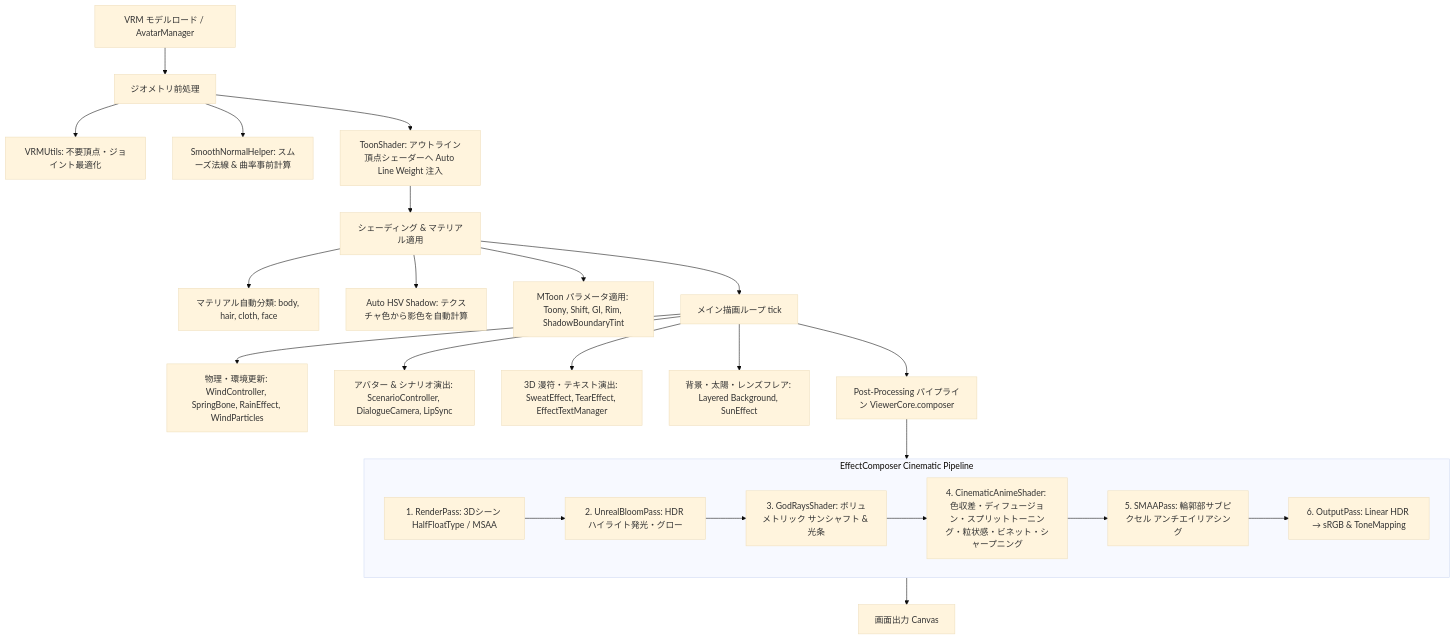
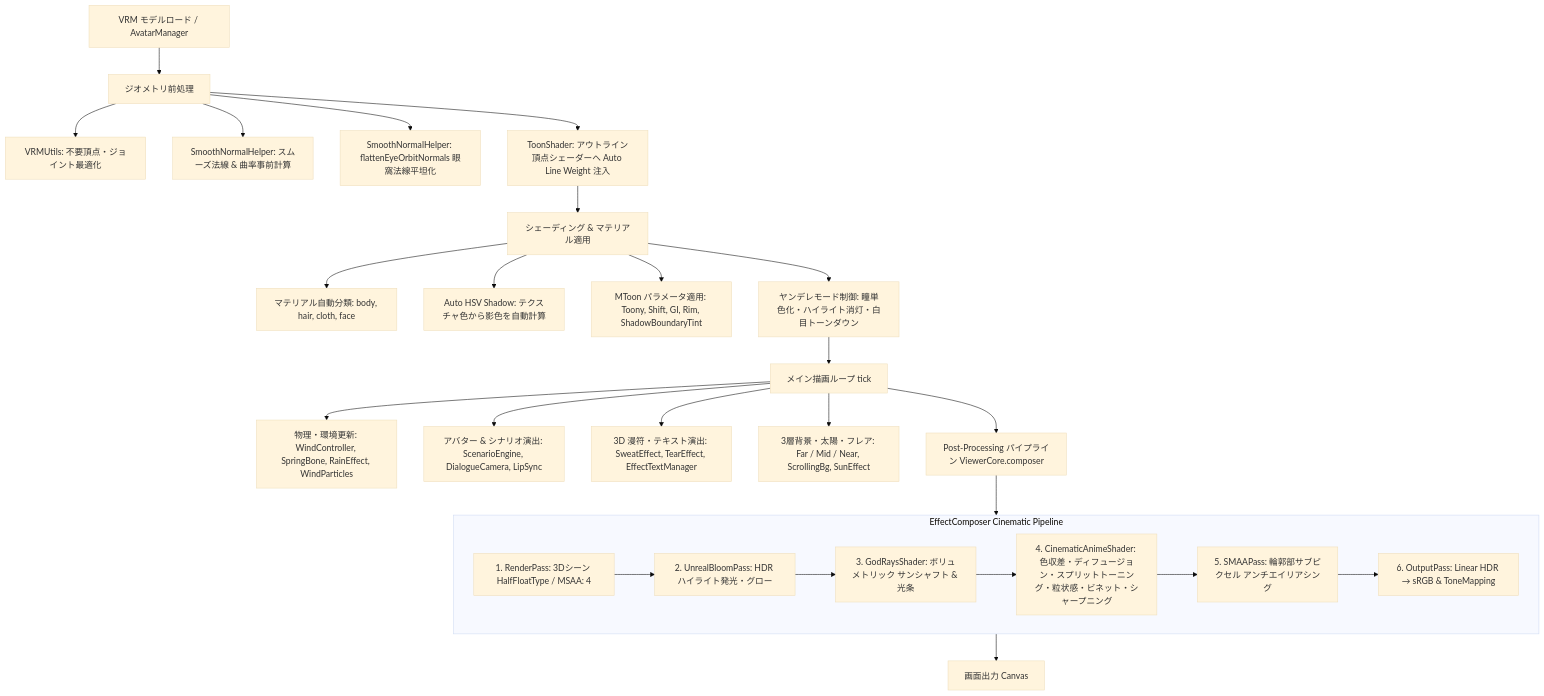
The diagram in README.md (uemegu/AnimeVRM), drawn with Mermaid (base theme) before and after one commit. The commit also changed other lines of this file, not shown here.

````diff
--- a/README.md
+++ b/README.md
@@ -112,32 +131,34 @@
 ```mermaid
 flowchart TD
     A[VRM モデルロード / AvatarManager] --> B[ジオメトリ前処理]
     B --> B1[VRMUtils: 不要頂点・ジョイント最適化]
     B --> B2[SmoothNormalHelper: スムーズ法線 & 曲率事前計算]
-    B --> B3[ToonShader: アウトライン頂点シェーダーへ Auto Line Weight 注入]
+    B --> B3[SmoothNormalHelper: flattenEyeOrbitNormals 眼窩法線平坦化]
+    B --> B4[ToonShader: アウトライン頂点シェーダーへ Auto Line Weight 注入]
 
-    B3 --> C[シェーディング & マテリアル適用]
+    B4 --> C[シェーディング & マテリアル適用]
     C --> C1[マテリアル自動分類: body, hair, cloth, face]
     C --> C2[Auto HSV Shadow: テクスチャ色から影色を自動計算]
     C --> C3[MToon パラメータ適用: Toony, Shift, GI, Rim, ShadowBoundaryTint]
+    C --> C4[ヤンデレモード制御: 瞳単色化・ハイライト消灯・白目トーンダウン]
 
-    C --> D[メイン描画ループ tick]
+    C4 --> D[メイン描画ループ tick]
     D --> D1[物理・環境更新: WindController, SpringBone, RainEffect, WindParticles]
-    D --> D2[アバター & シナリオ演出: ScenarioController, DialogueCamera, LipSync]
+    D --> D2[アバター & シナリオ演出: ScenarioEngine, DialogueCamera, LipSync]
     D --> D3[3D 漫符・テキスト演出: SweatEffect, TearEffect, EffectTextManager]
-    D --> D4[背景・太陽・レンズフレア: Layered Background, SunEffect]
+    D --> D4[3層背景・太陽・フレア: Far / Mid / Near, ScrollingBg, SunEffect]
     D --> D5[Post-Processing パイプライン ViewerCore.composer]
 
     subgraph EffectComposer [EffectComposer Cinematic Pipeline]
-        E1[1. RenderPass: 3Dシーン HalfFloatType / MSAA]
+        E1[1. RenderPass: 3Dシーン HalfFloatType / MSAA: 4]
         E2[2. UnrealBloomPass: HDR ハイライト発光・グロー]
         E3[3. GodRaysShader: ボリュメトリック サンシャフト & 光条]
         E4[4. CinematicAnimeShader: 色収差・ディフュージョン・スプリットトーニング・粒状感・ビネット・シャープニング]
         E5[5. SMAAPass: 輪郭部サブピクセル アンチエイリアシング]
         E6[6. OutputPass: Linear HDR → sRGB & ToneMapping]
         E1 --> E2 --> E3 --> E4 --> E5 --> E6
     end
 
     D5 --> EffectComposer
     EffectComposer --> F[画面出力 Canvas]
 ```
````
